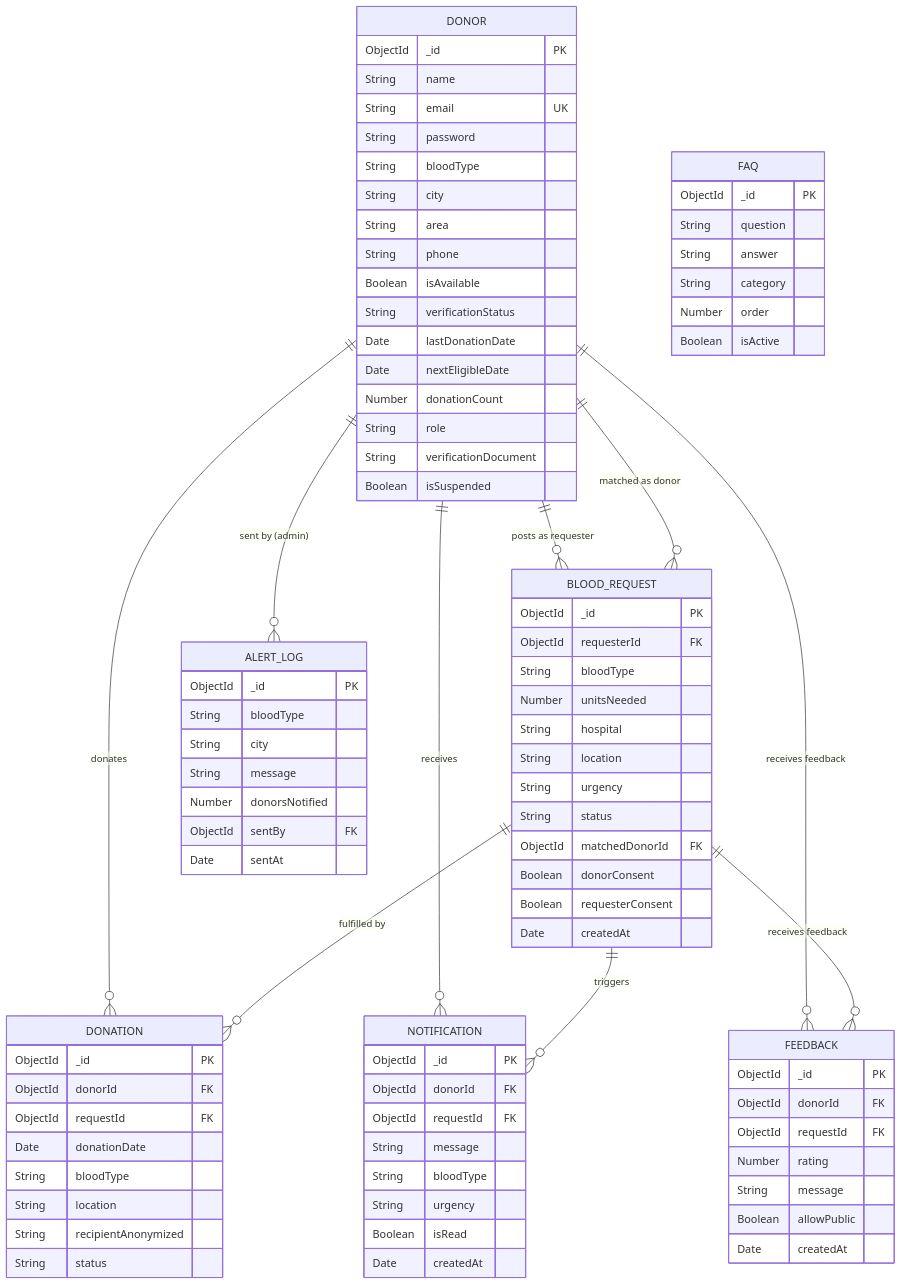
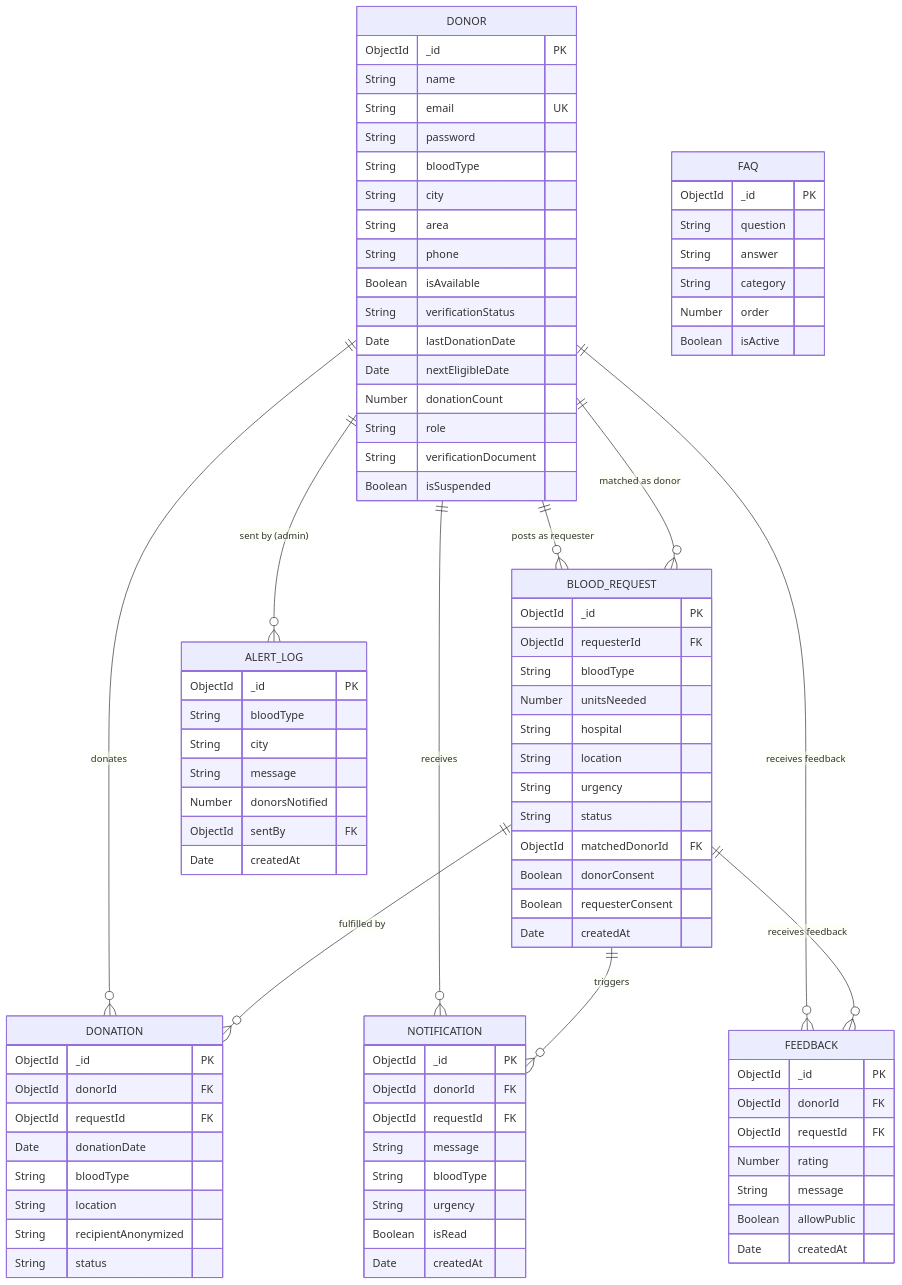
The second of 3 diagrams in docs/CLASS_DIAGRAM.md (kazisalman21/blood-donation-platform), drawn with Mermaid before and after one commit. The commit also changed other lines of this file and 24 other files, not shown here.

Commit message:
docs: clean up docs folder, update CLASS_DIAGRAM, PROJECT_PLAN, project_assessment — all 20 features complete

````diff
--- a/docs/CLASS_DIAGRAM.md
+++ b/docs/CLASS_DIAGRAM.md
@@ -325,6 +330,6 @@
         String message
         Number donorsNotified
         ObjectId sentBy FK
-        Date sentAt
+        Date createdAt
     }
 ```
````
